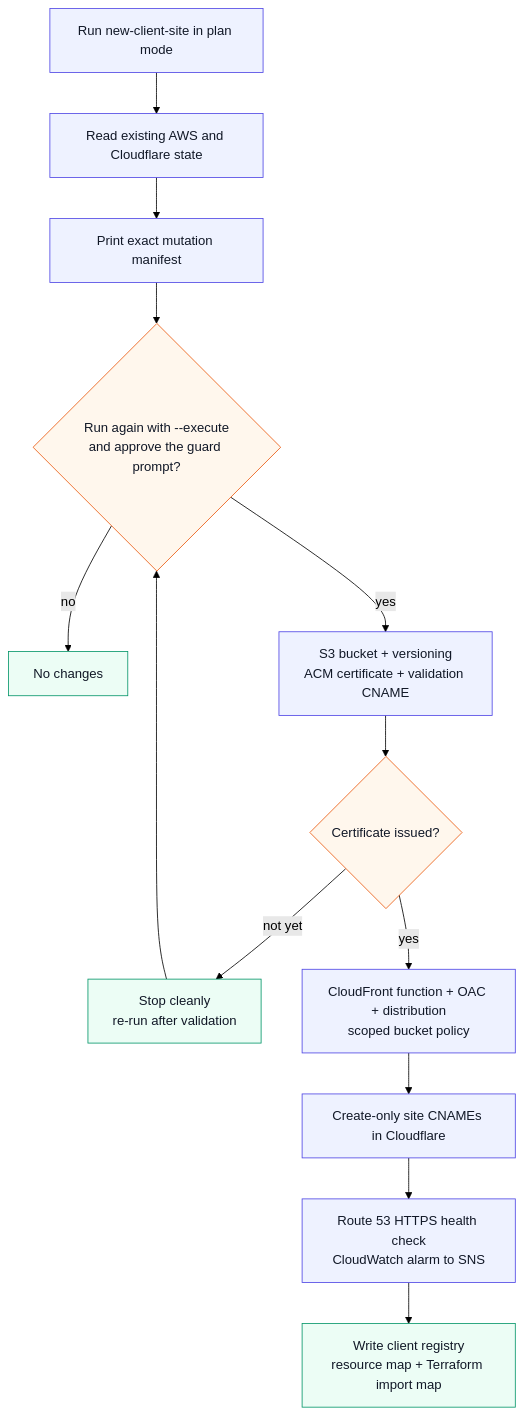
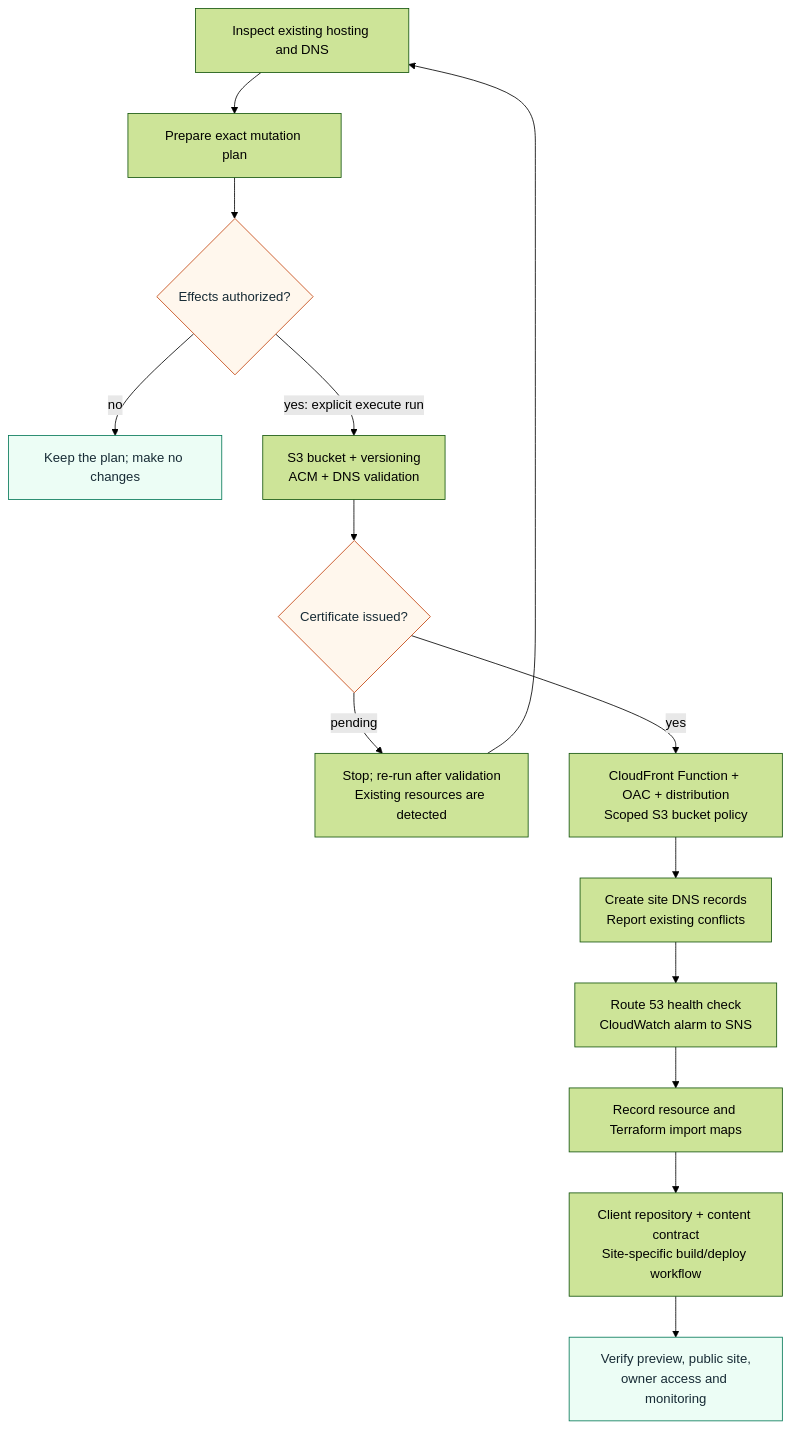
The diagram in diagrams/client-provisioning.mmd (JadenRazo/raizhost-architecture), drawn with Mermaid (forest theme) before and after one commit. The commit also changed 29 other files, not shown here.

Commit message:
docs: clarify RaizHost architecture and application flows (#5)

```diff
--- a/diagrams/client-provisioning.mmd
+++ b/diagrams/client-provisioning.mmd
@@ -1,20 +1,19 @@
 flowchart TB
-  plan[Run new-client-site in plan mode] --> inspect[Read existing AWS and Cloudflare state]
-  inspect --> manifest[Print exact mutation manifest]
-  manifest --> approve{Run again with --execute<br/>and approve the guard prompt?}
-  approve -->|no| stop[No changes]
-  approve -->|yes| first[S3 bucket + versioning<br/>ACM certificate + validation CNAME]
-  first --> issued{Certificate issued?}
-  issued -->|not yet| wait[Stop cleanly<br/>re-run after validation]
-  wait --> approve
-  issued -->|yes| edge[CloudFront function + OAC + distribution<br/>scoped bucket policy]
-  edge --> dns[Create-only site CNAMEs in Cloudflare]
-  dns --> monitor[Route 53 HTTPS health check<br/>CloudWatch alarm to SNS]
-  monitor --> record[Write client registry<br/>resource map + Terraform import map]
+  plan["Inspect existing hosting and DNS"] --> manifest["Prepare exact mutation plan"]
+  manifest --> approve{"Effects authorized?"}
+  approve -->|"no"| stop["Keep the plan; make no changes"]
+  approve -->|"yes: explicit execute run"| first["S3 bucket + versioning<br/>ACM + DNS validation"]
+  first --> issued{"Certificate issued?"}
+  issued -->|"pending"| wait["Stop; re-run after validation<br/>Existing resources are detected"]
+  wait --> plan
+  issued -->|"yes"| edge["CloudFront Function + OAC + distribution<br/>Scoped S3 bucket policy"]
+  edge --> dns["Create site DNS records<br/>Report existing conflicts"]
+  dns --> monitor["Route 53 health check<br/>CloudWatch alarm to SNS"]
+  monitor --> record["Record resource and Terraform import maps"]
+  record --> site["Client repository + content contract<br/>Site-specific build/deploy workflow"]
+  site --> verify["Verify preview, public site,<br/>owner access and monitoring"]
 
-  classDef action fill:#eef2ff,stroke:#4f46e5,color:#111827
-  classDef decision fill:#fff7ed,stroke:#ea580c,color:#111827
-  classDef safe fill:#ecfdf5,stroke:#059669,color:#111827
-  class plan,inspect,manifest,first,edge,dns,monitor action
+  classDef decision fill:#fff7ed,stroke:#c2410c,color:#172b35
+  classDef done fill:#ecfdf5,stroke:#047857,color:#172b35
   class approve,issued decision
-  class stop,wait,record safe
+  class stop,verify done
```
